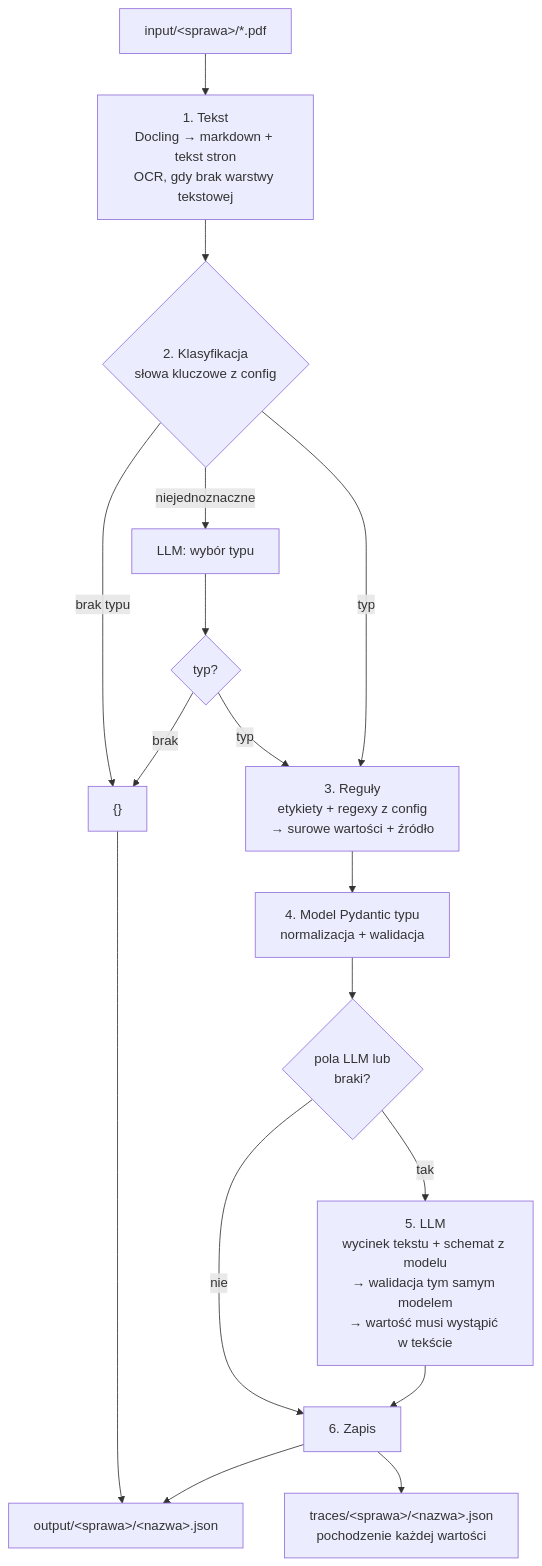
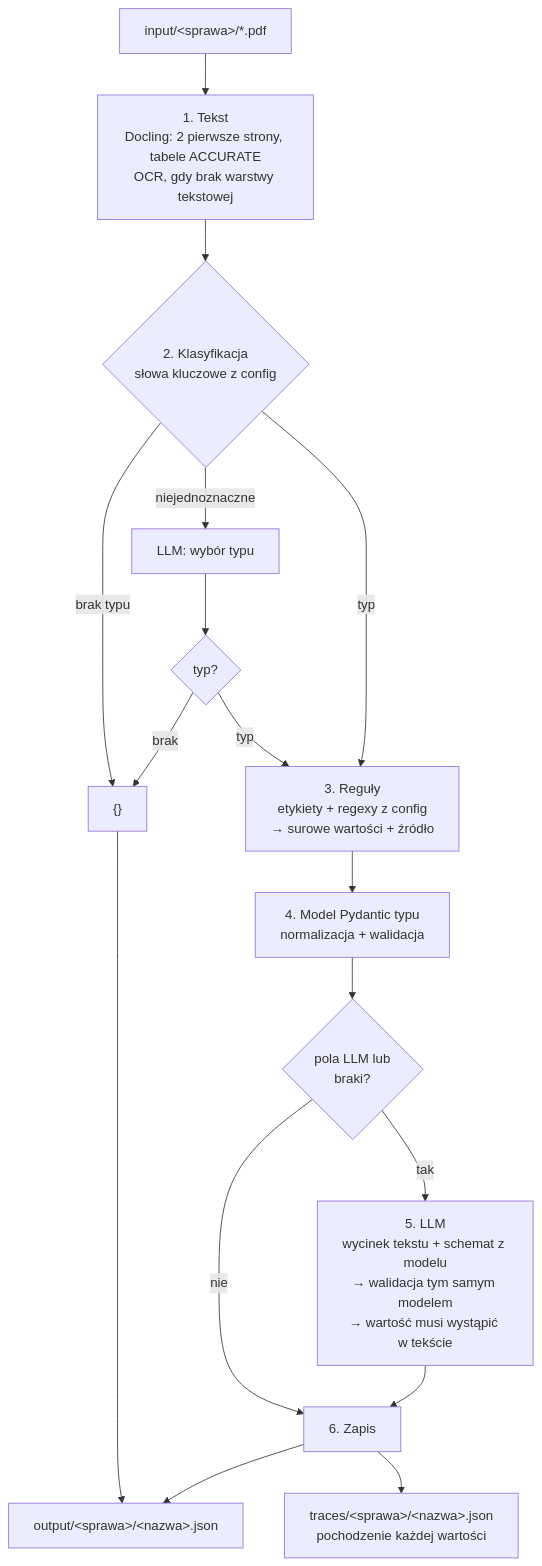
The first of 5 diagrams in docs/architecture.md (witold-nowogorski/hacknation--2026), drawn with Mermaid before and after one commit. The commit also changed other lines of this file and 5 other files, not shown here.

````diff
--- a/docs/architecture.md
+++ b/docs/architecture.md
@@ -16,18 +16,18 @@
 ```mermaid
 flowchart TD
-    A["input/#lt;sprawa#gt;/*.pdf"] --> B["1. Tekst<br/>Docling → markdown + tekst stron<br/>OCR, gdy brak warstwy tekstowej"]
+    A["input/#lt;sprawa#gt;/*.pdf"] --> B["1. Tekst<br/>Docling: 2 pierwsze strony, tabele ACCURATE<br/>OCR, gdy brak warstwy tekstowej"]
     B --> C{"2. Klasyfikacja<br/>słowa kluczowe z config"}
     C -- "brak typu" --> E["{}"]
     C -- "niejednoznaczne" --> CL["LLM: wybór typu"] --> C2{typ?}
     C2 -- "brak" --> E
     C2 -- "typ" --> D
     C -- "typ" --> D["3. Reguły<br/>etykiety + regexy z config<br/>→ surowe wartości + źródło"]
     D --> M["4. Model Pydantic typu<br/>normalizacja + walidacja"]
     M --> Q{"pola LLM lub<br/>braki?"}
     Q -- "nie" --> W
     Q -- "tak" --> L["5. LLM<br/>wycinek tekstu + schemat z modelu<br/>→ walidacja tym samym modelem<br/>→ wartość musi wystąpić w tekście"]
     L --> W["6. Zapis"]
     W --> O["output/#lt;sprawa#gt;/#lt;nazwa#gt;.json"]
     W --> T["traces/#lt;sprawa#gt;/#lt;nazwa#gt;.json<br/>pochodzenie każdej wartości"]
     E --> O
 ```
````
